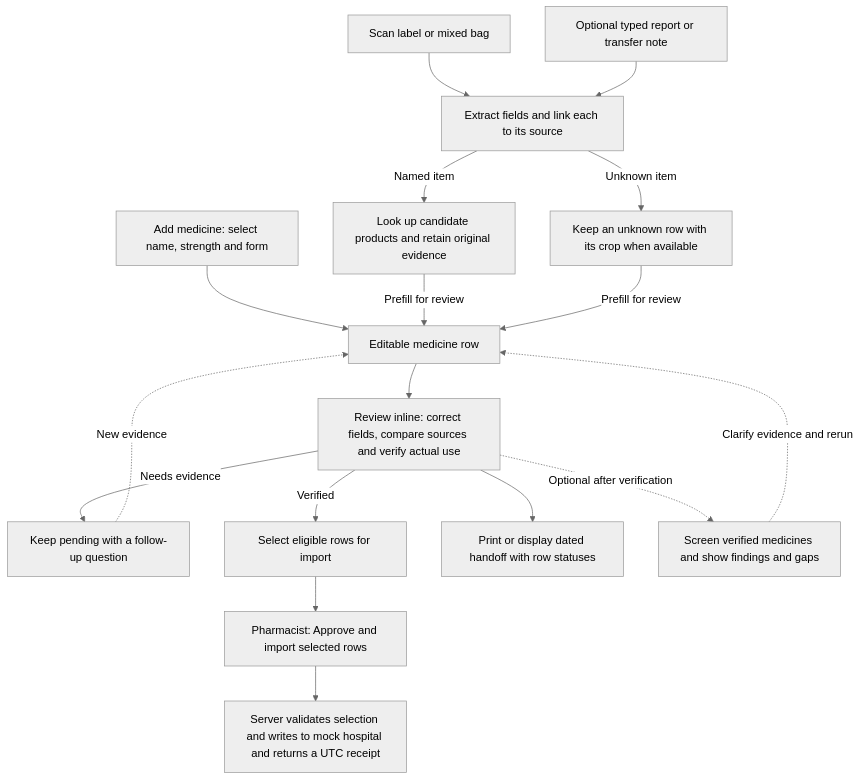
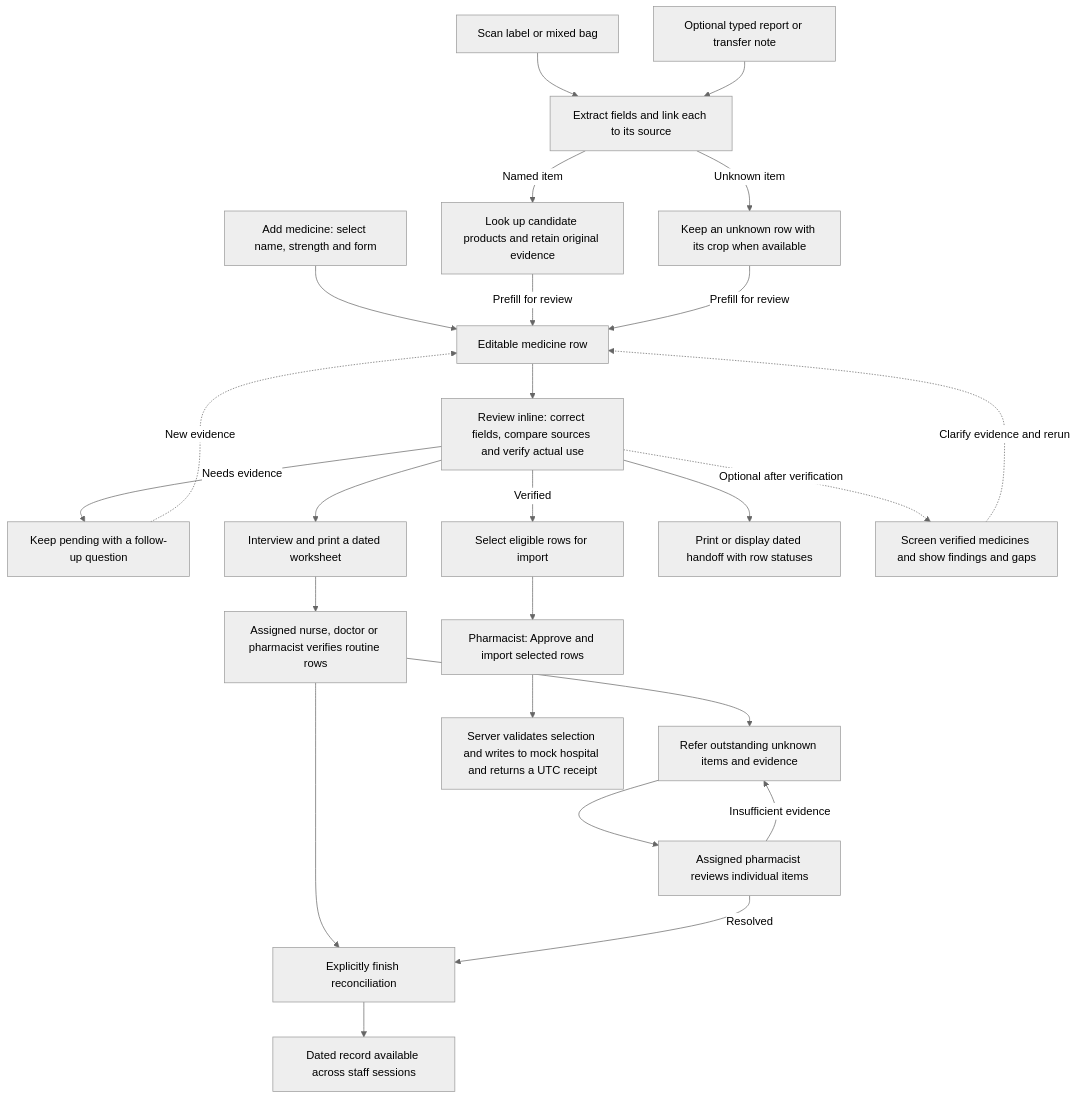
One commit to pakornds/Medication-Reader changed the diagram in docs/specs/medication-reader-v1.md. Above: the diagram before and after it, drawn with Mermaid (neutral theme). The commit also changed other lines of this file and 23 other files, not shown here.

Commit message:
Implement encounter-scoped admission review and pharmacist handoff

````diff
--- a/docs/specs/medication-reader-v1.md
+++ b/docs/specs/medication-reader-v1.md
@@ -13,19 +13,27 @@
 ```mermaid
 flowchart TD
   manual["Add medicine: select name, strength and form"] --> row["Editable medicine row"]
   scan["Scan label or mixed bag"] --> extract["Extract fields and link each to its source"]
   note["Optional typed report or transfer note"] --> extract
   extract -->|Named item| lookup["Look up candidate products and retain original evidence"]
   extract -->|Unknown item| unknown["Keep an unknown row with its crop when available"]
   lookup -->|Prefill for review| row
   unknown -->|Prefill for review| row
   row --> review["Review inline: correct fields, compare sources and verify actual use"]
   review -->|Needs evidence| pending["Keep pending with a follow-up question"]
   pending -.->|New evidence| row
   review -->|Verified| eligible["Select eligible rows for import"]
+  review --> interview["Interview and print a dated worksheet"]
+  interview --> verify["Assigned nurse, doctor or pharmacist verifies routine rows"]
+  verify --> finish["Explicitly finish reconciliation"]
+  verify --> refer["Refer outstanding unknown items and evidence"]
+  refer --> pharmacy["Assigned pharmacist reviews individual items"]
+  pharmacy -->|Resolved| finish
+  pharmacy -->|Insufficient evidence| refer
+  finish --> reviewed["Dated record available across staff sessions"]
   review --> handoff["Print or display dated handoff with row statuses"]
   eligible --> approve["Pharmacist: Approve and import selected rows"]
   approve --> receipt["Server validates selection and writes to mock hospital and returns a UTC receipt"]
   review -.->|Optional after verification| checks["Screen verified medicines and show findings and gaps"]
   checks -.->|Clarify evidence and rerun| row
 ```
````
